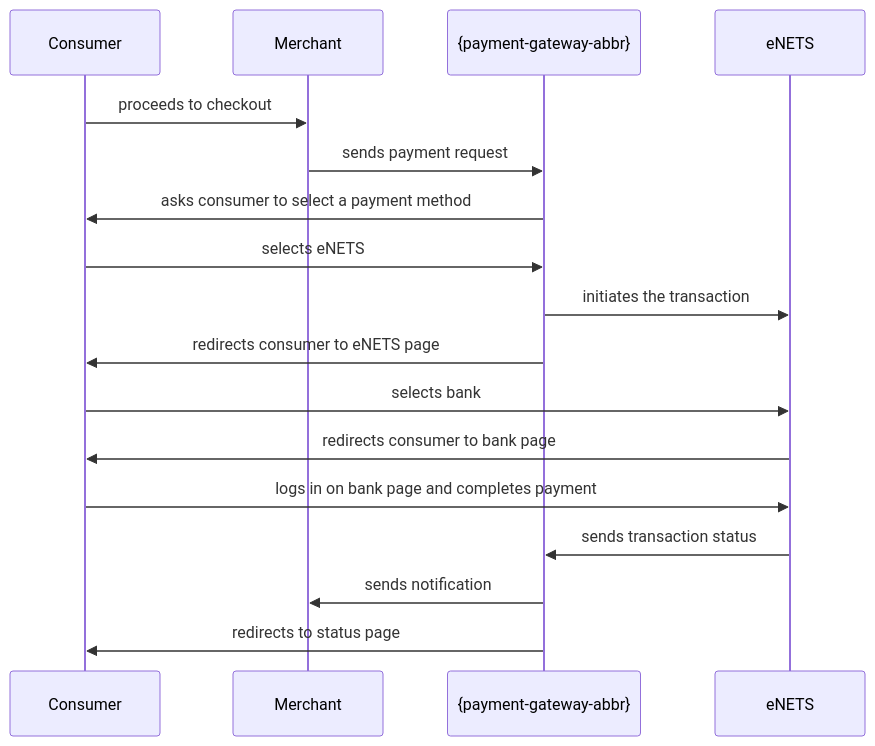
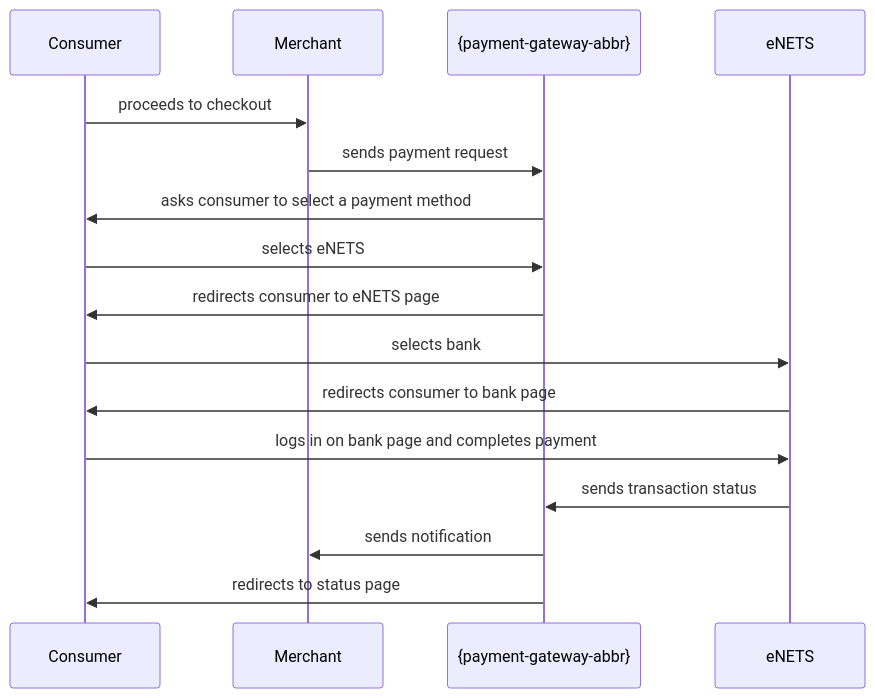
Before and after one commit to wirecard/merchant-documentation-gateway: the diagram in 11-46-enets.adoc, drawn with Mermaid. The commit also changed other lines of this file and 2 other files, not shown here.

```diff
--- a/11-46-enets.adoc
+++ b/11-46-enets.adoc
@@ -62,20 +62,19 @@
 [mermaid, CC_Fields_intro_elements_parentchild,svg,subs=attributes+]
 ----
 sequenceDiagram
     participant Consumer
     participant Merchant
     participant {payment-gateway-abbr}
     participant eNETS
 Consumer->>Merchant: proceeds to checkout
 Merchant->>{payment-gateway-abbr}: sends payment request
 {payment-gateway-abbr}->>Consumer: asks consumer to select a payment method
 Consumer->>{payment-gateway-abbr}: selects eNETS
-{payment-gateway-abbr}->>eNETS: initiates the transaction
 {payment-gateway-abbr}->>Consumer: redirects consumer to eNETS page
 Consumer->>eNETS: selects bank
 eNETS->>Consumer: redirects consumer to bank page
 Consumer->>eNETS: logs in on bank page and completes payment
 eNETS->>{payment-gateway-abbr}: sends transaction status
 {payment-gateway-abbr}->>Merchant: sends notification
 {payment-gateway-abbr}->>Consumer: redirects to status page
 ----
```
